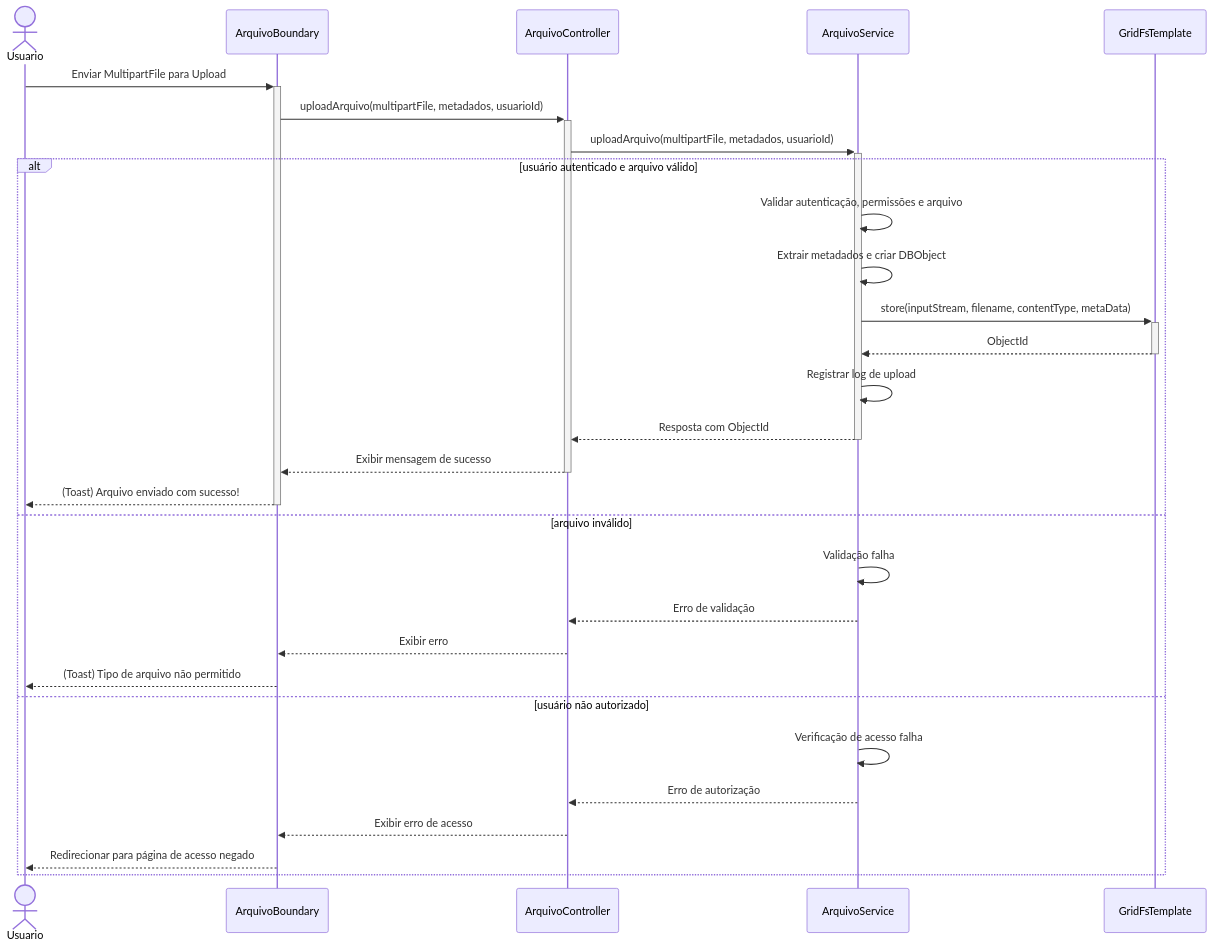
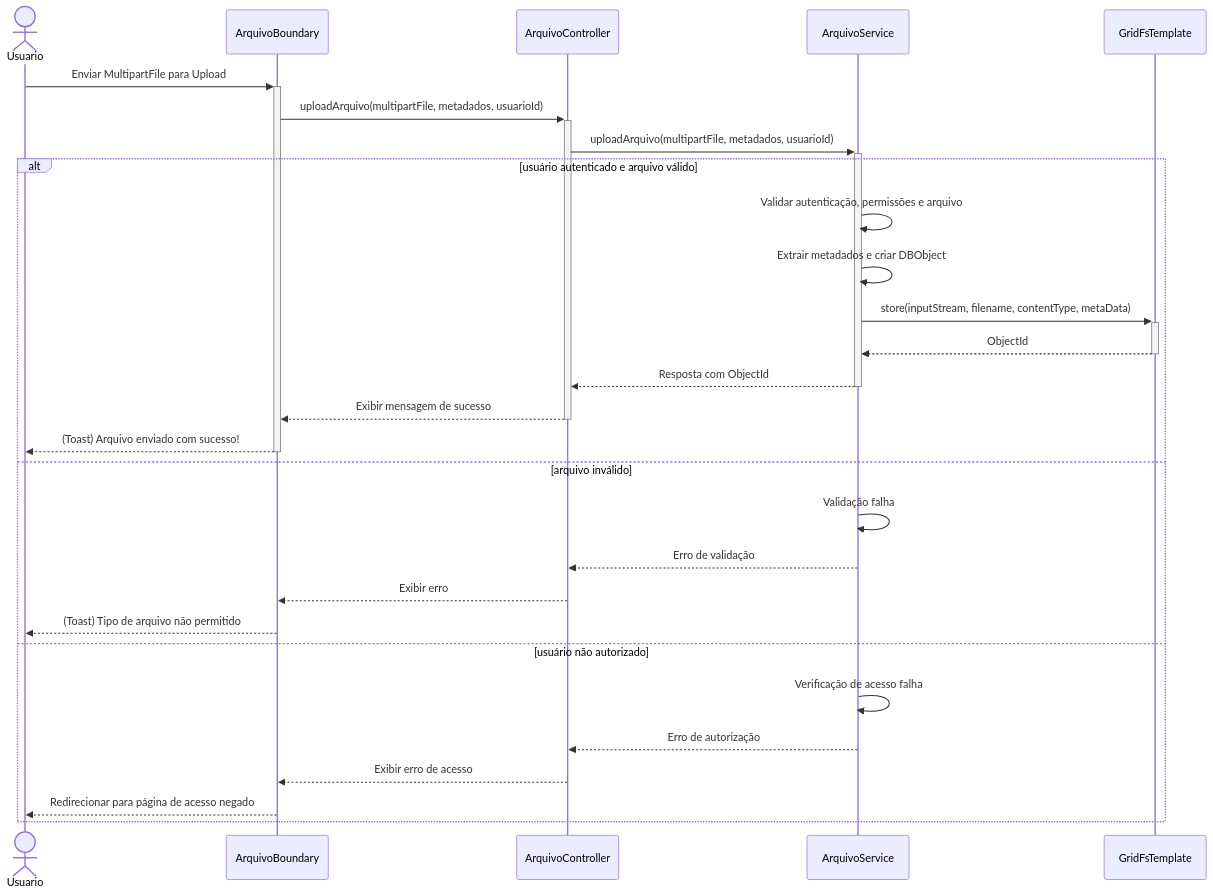
Before and after one commit to ImGabreuw/learning-management-system: the first of 5 diagrams in docs/modeling/files.md, drawn with Mermaid. The commit also changed other lines of this file and 2 other files, not shown here.

````diff
--- a/docs/modeling/files.md
+++ b/docs/modeling/files.md
@@ -7,33 +13,32 @@
 ```mermaid
 sequenceDiagram
     actor Usuario
     participant boundary as ArquivoBoundary
     participant controller as ArquivoController
     participant service as ArquivoService
     participant gridFsTemplate as GridFsTemplate
 
     Usuario->>+boundary: Enviar MultipartFile para Upload
     boundary->>+controller: uploadArquivo(multipartFile, metadados, usuarioId)
     controller->>+service: uploadArquivo(multipartFile, metadados, usuarioId)
     
     alt usuário autenticado e arquivo válido
         service->>service: Validar autenticação, permissões e arquivo
         service->>service: Extrair metadados e criar DBObject
         service->>+gridFsTemplate: store(inputStream, filename, contentType, metaData)
         gridFsTemplate-->>-service: ObjectId
-        service->>service: Registrar log de upload
         service-->>-controller: Resposta com ObjectId
         controller-->>-boundary: Exibir mensagem de sucesso
         boundary-->>-Usuario: (Toast) Arquivo enviado com sucesso!
     else arquivo inválido
         service->>service: Validação falha
         service-->>controller: Erro de validação
         controller-->>boundary: Exibir erro
         boundary-->>Usuario: (Toast) Tipo de arquivo não permitido
     else usuário não autorizado
         service->>service: Verificação de acesso falha
         service-->>controller: Erro de autorização
         controller-->>boundary: Exibir erro de acesso
         boundary-->>Usuario: Redirecionar para página de acesso negado
     end
 ```
````
